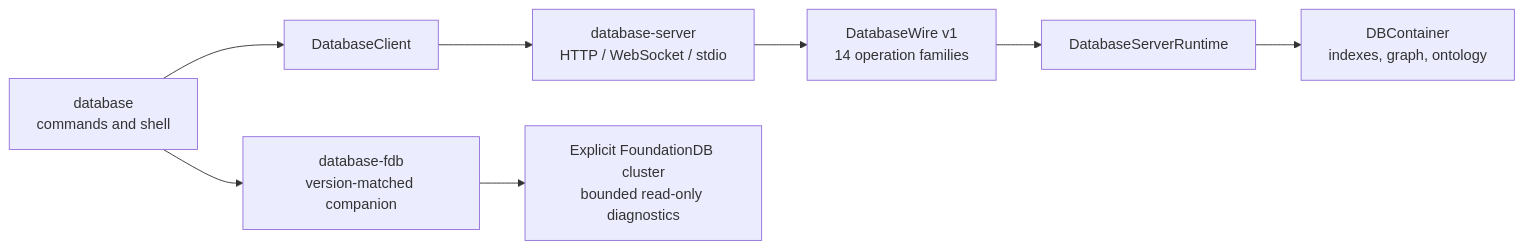
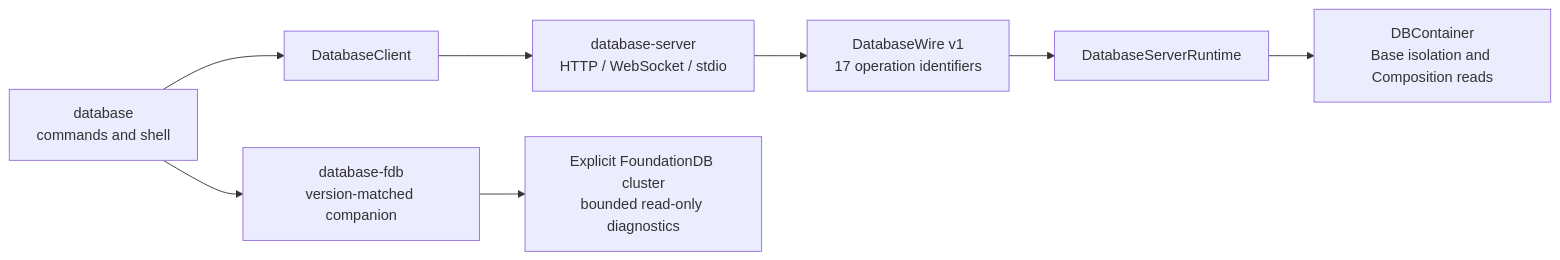
One commit to 1amageek/database-cli changed the diagram in README.md. Above: the diagram before and after it, drawn with Mermaid. The commit also changed other lines of this file and 37 other files, not shown here.

Commit message:
Add Base, Composition, and Grant CLI operations

````diff
--- a/README.md
+++ b/README.md
@@ -10,11 +10,11 @@
 ```mermaid
 flowchart LR
     CLI["database<br/>commands and shell"] --> Client["DatabaseClient"]
     Client --> Host["database-server<br/>HTTP / WebSocket / stdio"]
-    Host --> Wire["DatabaseWire v1<br/>14 operation families"]
+    Host --> Wire["DatabaseWire v1<br/>17 operation identifiers"]
     Wire --> Runtime["DatabaseServerRuntime"]
-    Runtime --> Container["DBContainer<br/>indexes, graph, ontology"]
+    Runtime --> Container["DBContainer<br/>Base isolation and Composition reads"]
 
     CLI --> Helper["database-fdb<br/>version-matched companion"]
     Helper --> FDB["Explicit FoundationDB cluster<br/>bounded read-only diagnostics"]
 ```
````
